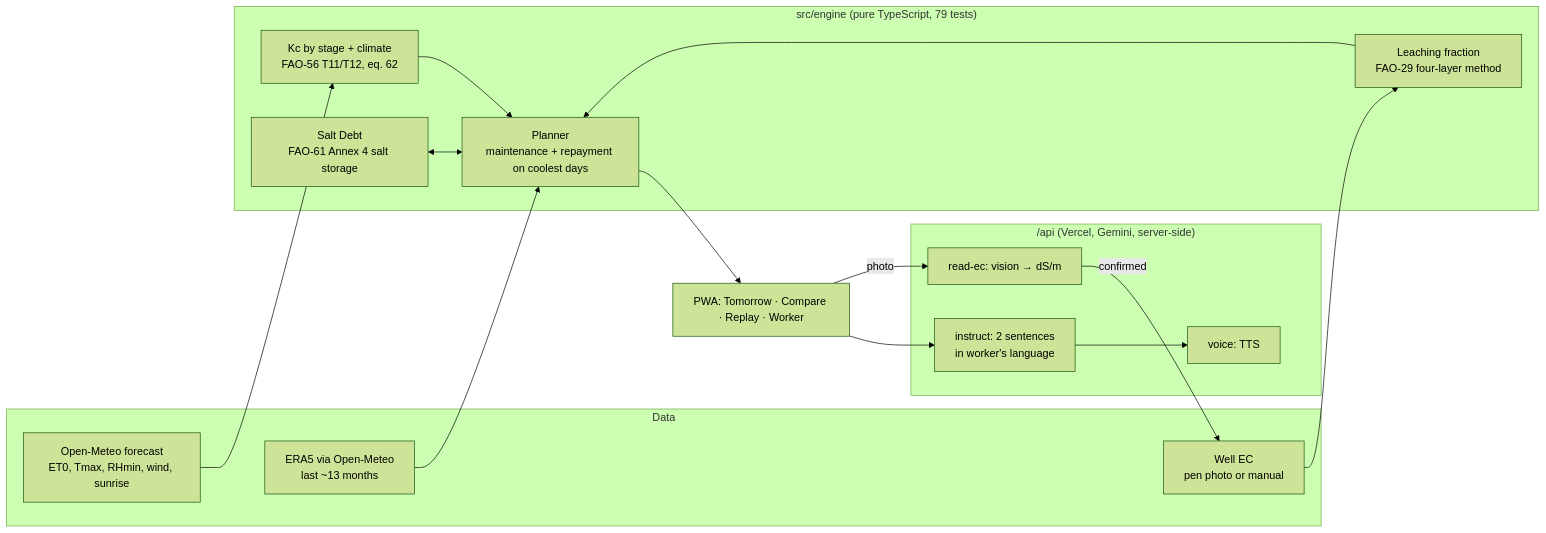
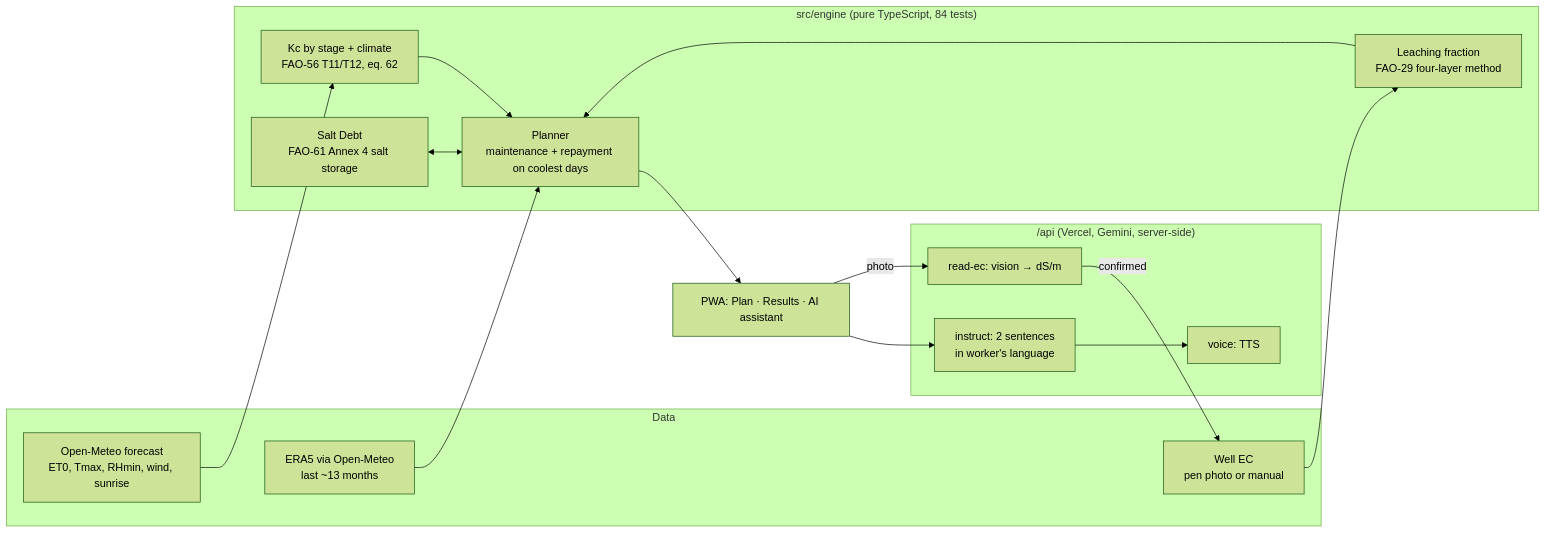
Before and after one commit to AryB16/namak: the diagram in README.md, drawn with Mermaid (forest theme). The commit also changed other lines of this file and 6 other files, not shown here.

````diff
--- a/README.md
+++ b/README.md
@@ -73,26 +105,26 @@
 ```mermaid
 flowchart LR
   subgraph Data
     F[Open-Meteo forecast<br/>ET0, Tmax, RHmin, wind, sunrise]
     E[ERA5 via Open-Meteo<br/>last ~13 months]
     W[Well EC<br/>pen photo or manual]
   end
-  subgraph Engine["src/engine (pure TypeScript, 79 tests)"]
+  subgraph Engine["src/engine (pure TypeScript, 84 tests)"]
     K[Kc by stage + climate<br/>FAO-56 T11/T12, eq. 62]
     L[Leaching fraction<br/>FAO-29 four-layer method]
     S[Salt Debt<br/>FAO-61 Annex 4 salt storage]
     P[Planner<br/>maintenance + repayment on coolest days]
   end
   subgraph AI["/api (Vercel, Gemini, server-side)"]
     I[instruct: 2 sentences<br/>in worker's language]
     V[voice: TTS]
     R[read-ec: vision → dS/m]
   end
   F --> K --> P
   E --> P
   W --> L --> P
   S <--> P
-  P --> UI[PWA: Tomorrow · Compare · Replay · Worker]
+  P --> UI[PWA: Plan · Results · AI assistant]
   UI --> I --> V
   UI -->|photo| R -->|confirmed| W
 ```
````
